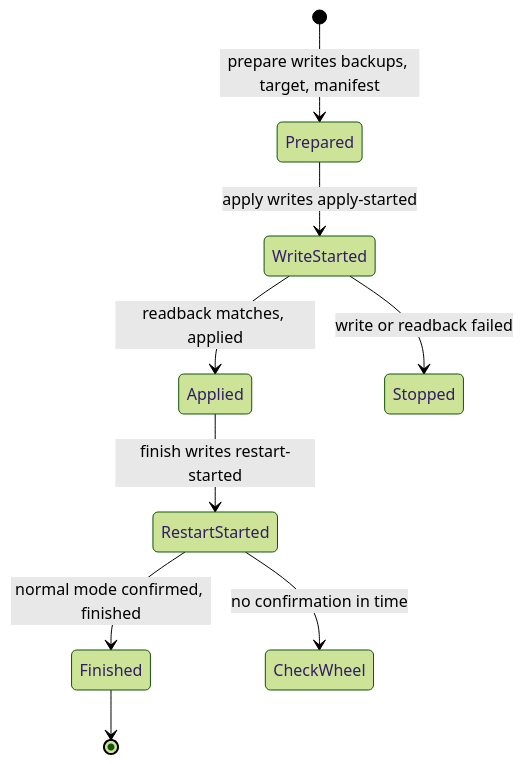
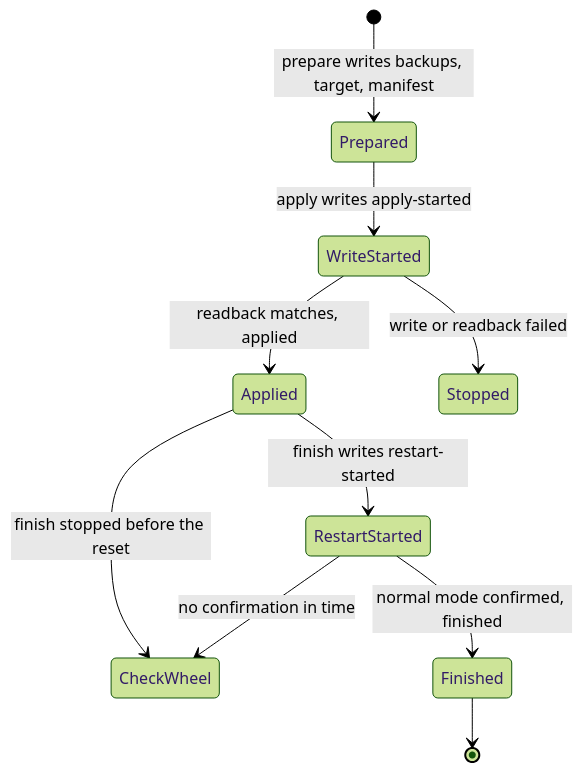
Before and after one commit to sebastianspicker/t150-macos-updater: the fifth of 6 diagrams in docs/ARCHITECTURE.md, drawn with Mermaid (forest theme). The commit also changed other lines of this file and 1 other file, not shown here.

Commit message:
Document the USB messages and the stopped-update outcomes in ARCHITECTURE.md

````diff
--- a/docs/ARCHITECTURE.md
+++ b/docs/ARCHITECTURE.md
@@ -207,11 +288,12 @@
 ```mermaid
 stateDiagram-v2
   [*] --> Prepared: prepare writes backups, target, manifest
   Prepared --> WriteStarted: apply writes apply-started
   WriteStarted --> Applied: readback matches, applied
   WriteStarted --> Stopped: write or readback failed
   Applied --> RestartStarted: finish writes restart-started
+  Applied --> CheckWheel: finish stopped before the reset
   RestartStarted --> Finished: normal mode confirmed, finished
   RestartStarted --> CheckWheel: no confirmation in time
   Finished --> [*]
 ```
````
